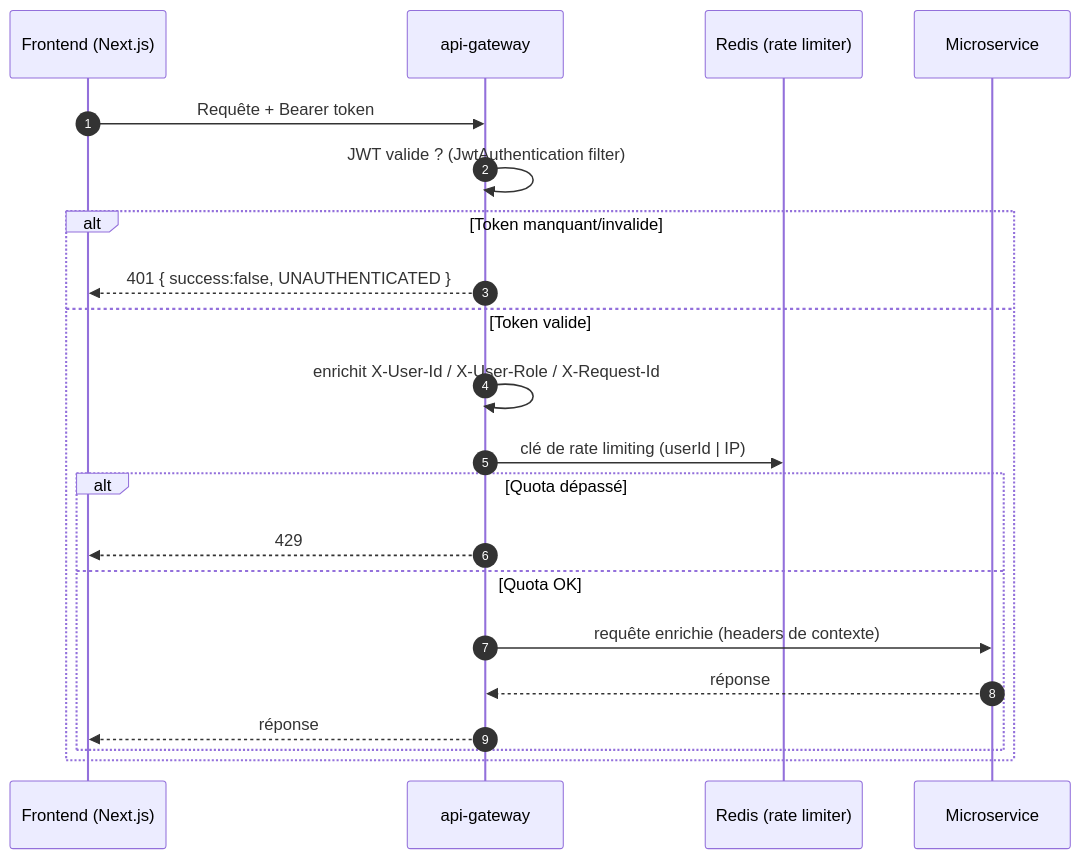
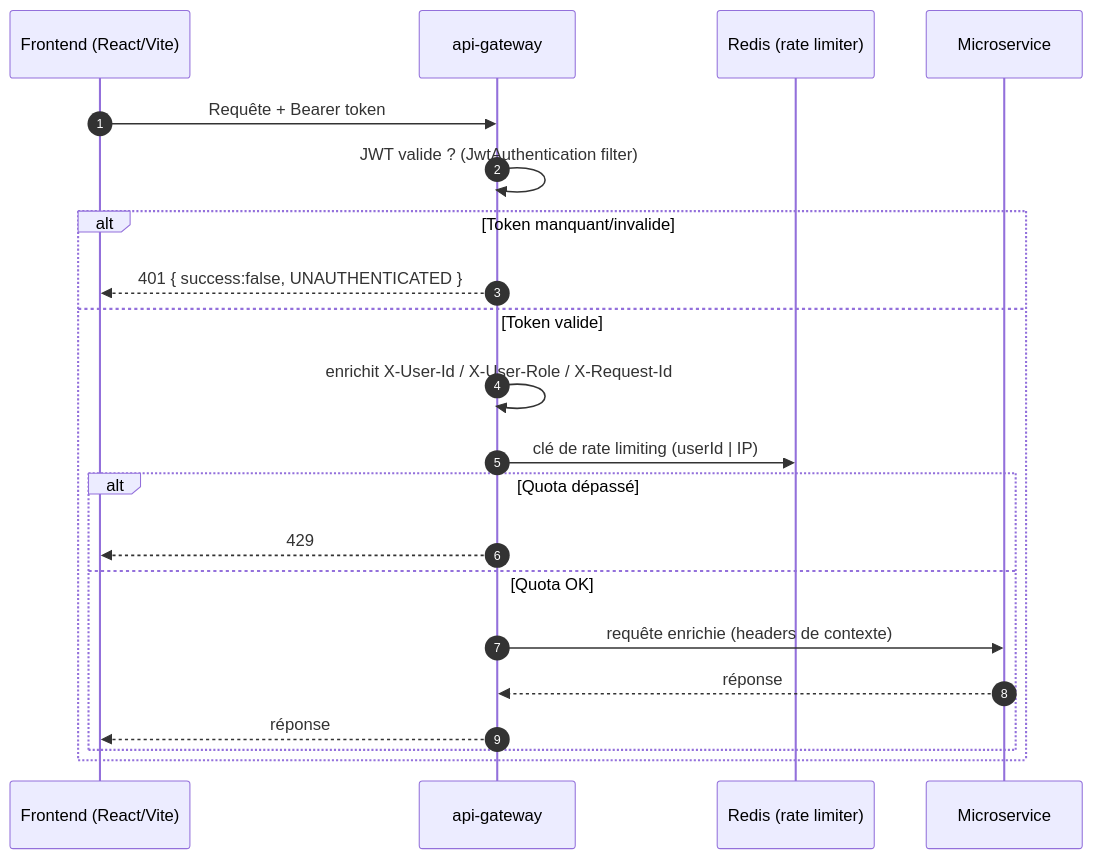
One commit to MixMaster2005/TsimokaAI changed the diagram in api-gateway/README.md. Above: the diagram before and after it, drawn with Mermaid. The commit also changed other lines of this file and 73 other files, not shown here.

````diff
--- a/api-gateway/README.md
+++ b/api-gateway/README.md
@@ -38,23 +39,23 @@
 ```mermaid
 sequenceDiagram
     autonumber
-    participant F as Frontend (Next.js)
+    participant F as Frontend (React/Vite)
     participant G as api-gateway
     participant R as Redis (rate limiter)
     participant S as Microservice
     F->>G: Requête + Bearer token
     G->>G: JWT valide ? (JwtAuthentication filter)
     alt Token manquant/invalide
         G-->>F: 401 { success:false, UNAUTHENTICATED }
     else Token valide
         G->>G: enrichit X-User-Id / X-User-Role / X-Request-Id
         G->>R: clé de rate limiting (userId | IP)
         alt Quota dépassé
             G-->>F: 429
         else Quota OK
             G->>S: requête enrichie (headers de contexte)
             S-->>G: réponse
             G-->>F: réponse
         end
     end
 ```
````
